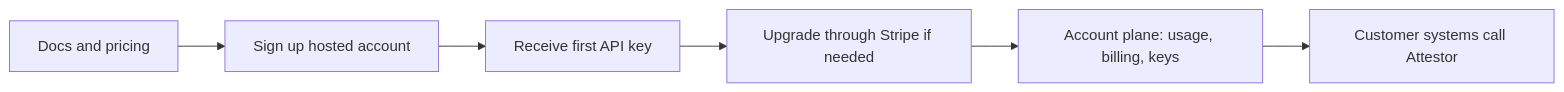
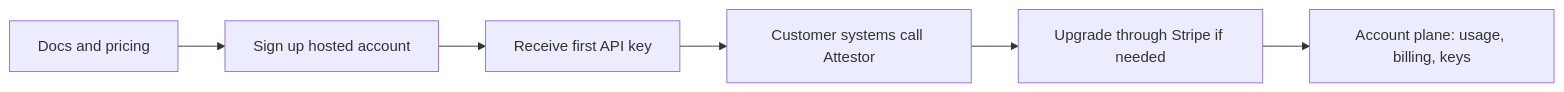
Before and after one commit to 0xlamarr-labs/attestor: the diagram in docs/01-overview/hosted-customer-journey.md, drawn with Mermaid. The commit also changed other lines of this file and 8 other files, not shown here.

````diff
--- a/docs/01-overview/hosted-customer-journey.md
+++ b/docs/01-overview/hosted-customer-journey.md
@@ -37,8 +40,8 @@
 ```mermaid
 flowchart LR
   D["Docs and pricing"] --> S["Sign up hosted account"]
   S --> K["Receive first API key"]
-  K --> U["Upgrade through Stripe if needed"]
+  K --> C["Customer systems call Attestor"]
+  C --> U["Upgrade through Stripe if needed"]
   U --> A["Account plane: usage, billing, keys"]
-  A --> C["Customer systems call Attestor"]
 ```
````
